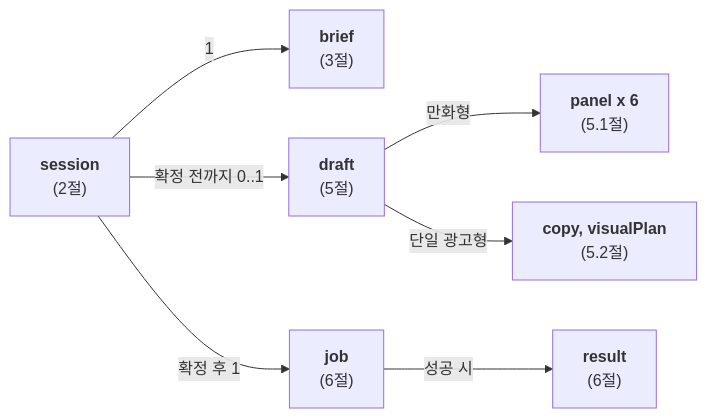
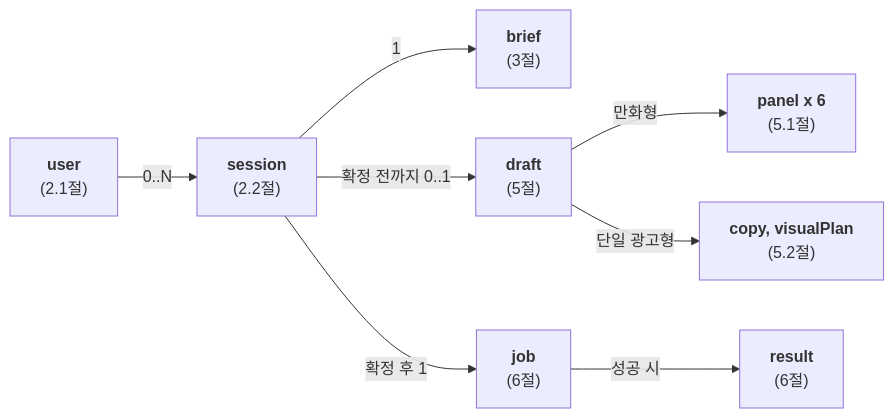
Before and after one commit to Codeit-AI10-Part4-3Team/AI10-Part4-3Team-Advanced-Project: the first of 5 diagrams in docs/기술문서/도메인_모델.md, drawn with Mermaid. The commit also changed other lines of this file and 18 other files, not shown here.

````diff
--- a/docs/기술문서/도메인_모델.md
+++ b/docs/기술문서/도메인_모델.md
@@ -11,17 +11,19 @@
 ```mermaid
 flowchart LR
-    SESSION["<b>session</b><br/>(2절)"]
+    USER["<b>user</b><br/>(2.1절)"]
+    SESSION["<b>session</b><br/>(2.2절)"]
     BRIEF["<b>brief</b><br/>(3절)"]
     DRAFT["<b>draft</b><br/>(5절)"]
     PANEL["<b>panel x 6</b><br/>(5.1절)"]
     ADSCRIPT["<b>copy, visualPlan</b><br/>(5.2절)"]
     JOB["<b>job</b><br/>(6절)"]
     RESULT["<b>result</b><br/>(6절)"]
 
+    USER -->|"0..N"| SESSION
     SESSION -->|"1"| BRIEF
     SESSION -->|"확정 전까지 0..1"| DRAFT
     SESSION -->|"확정 후 1"| JOB
     DRAFT -->|"만화형"| PANEL
     DRAFT -->|"단일 광고형"| ADSCRIPT
     JOB -->|"성공 시"| RESULT
 ```
````
